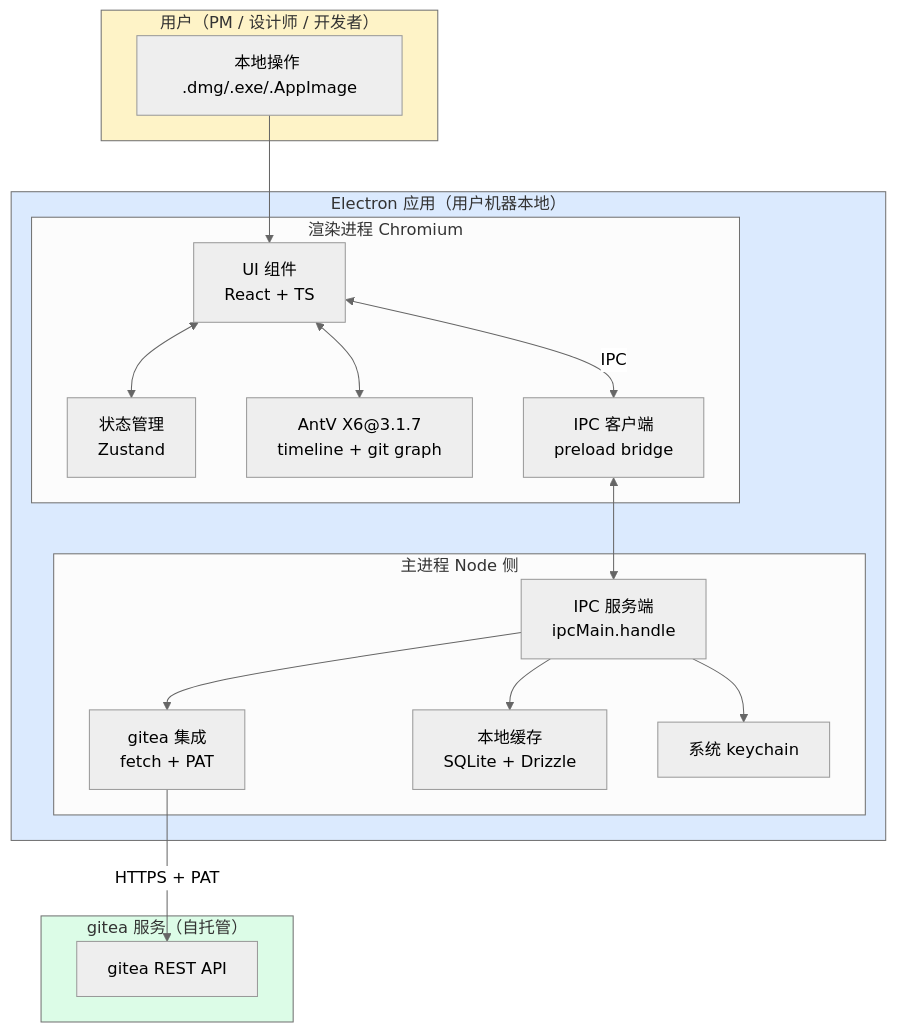
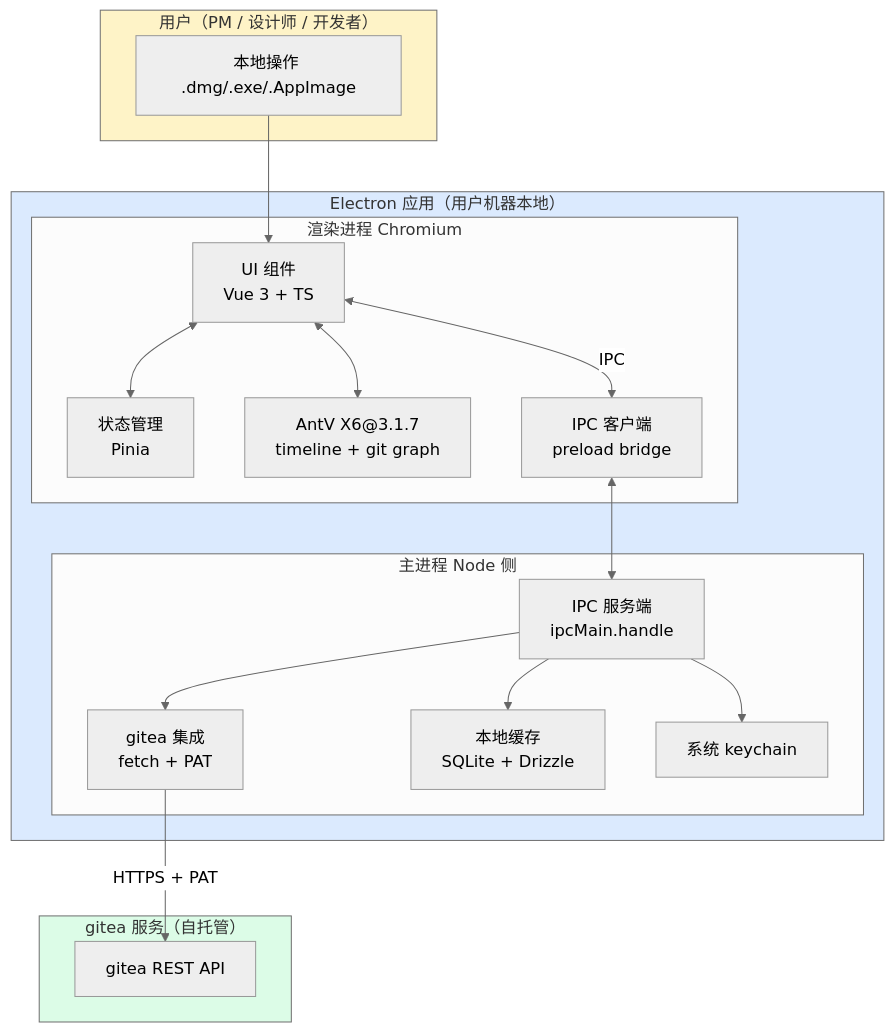
The diagram in docs/design/00-overview.md (July-X/gitea-kanban), drawn with Mermaid (neutral theme) before and after one commit. The commit also changed other lines of this file and 5 other files, not shown here.

First line of the commit message:
docs:拍板 Vue3 —6份设计文档同步 React→Vue栈

````diff
--- a/docs/design/00-overview.md
+++ b/docs/design/00-overview.md
@@ -34,39 +35,39 @@
 ```mermaid
 flowchart TB
     subgraph User["用户（PM / 设计师 / 开发者）"]
         U[本地操作 .dmg/.exe/.AppImage]
     end
 
     subgraph Desktop["Electron 应用（用户机器本地）"]
         subgraph Renderer["渲染进程 Chromium"]
-            UI[UI 组件<br/>React + TS]
-            Store[状态管理<br/>Zustand]
+            UI[UI 组件<br/>Vue 3 + TS]
+            Store[状态管理<br/>Pinia]
             X6[AntV X6@3.1.7<br/>timeline + git graph]
             IpcClient[IPC 客户端<br/>preload bridge]
         end
         subgraph Main["主进程 Node 侧"]
             IpcServer[IPC 服务端<br/>ipcMain.handle]
             GitOps[gitea 集成<br/>fetch + PAT]
             Cache[本地缓存<br/>SQLite + Drizzle]
             Keychain[系统 keychain]
         end
     end
 
     subgraph Remote["gitea 服务（自托管）"]
         GiteaAPI[gitea REST API]
     end
 
     U --> UI
     UI <--> Store
     UI <--> X6
     UI <-->|IPC| IpcClient
     IpcClient <--> IpcServer
     IpcServer --> GitOps
     IpcServer --> Cache
     IpcServer --> Keychain
     GitOps -->|HTTPS + PAT| GiteaAPI
 
     style User fill:#fef3c7
     style Desktop fill:#dbeafe
     style Remote fill:#dcfce7
 ```
````
